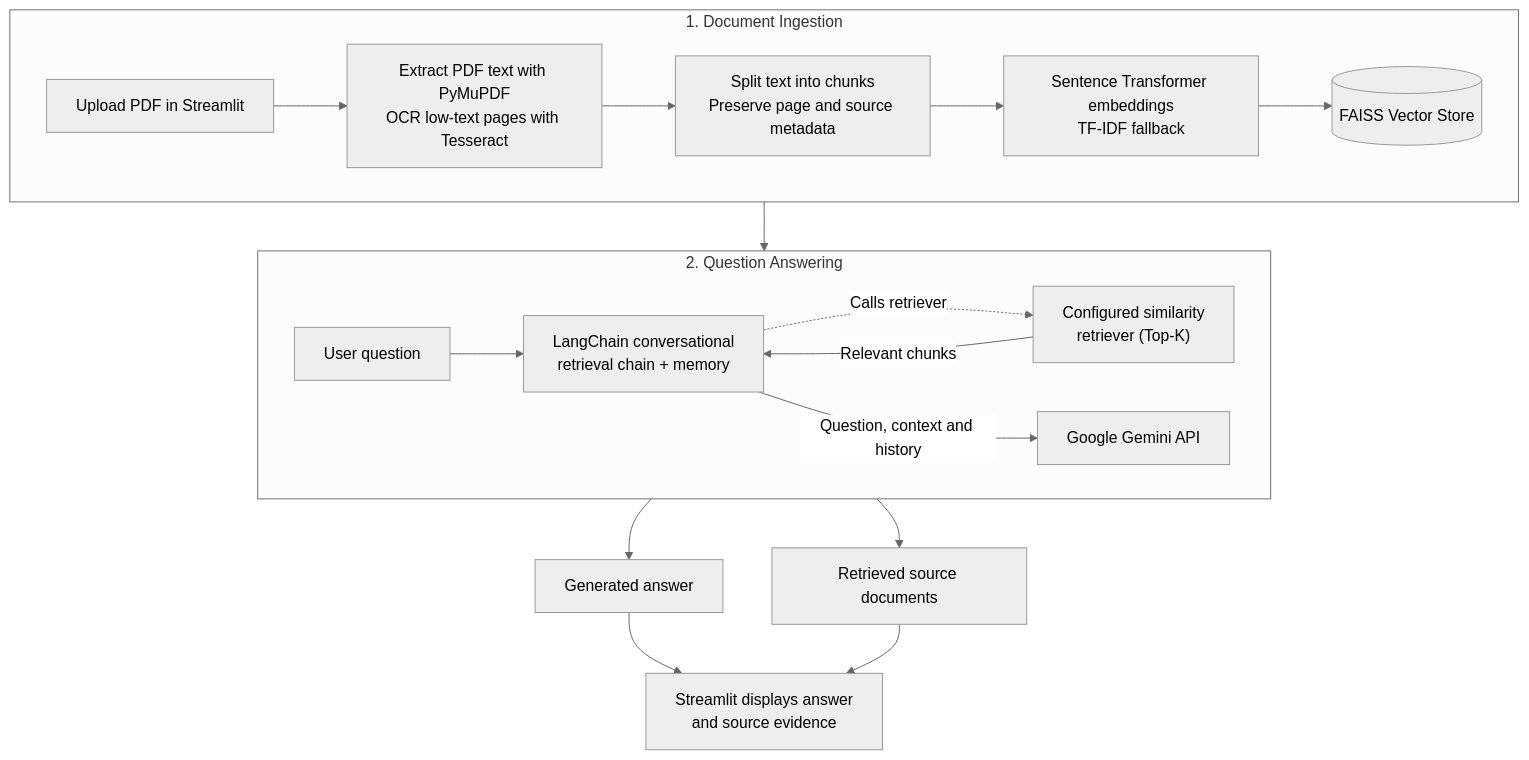
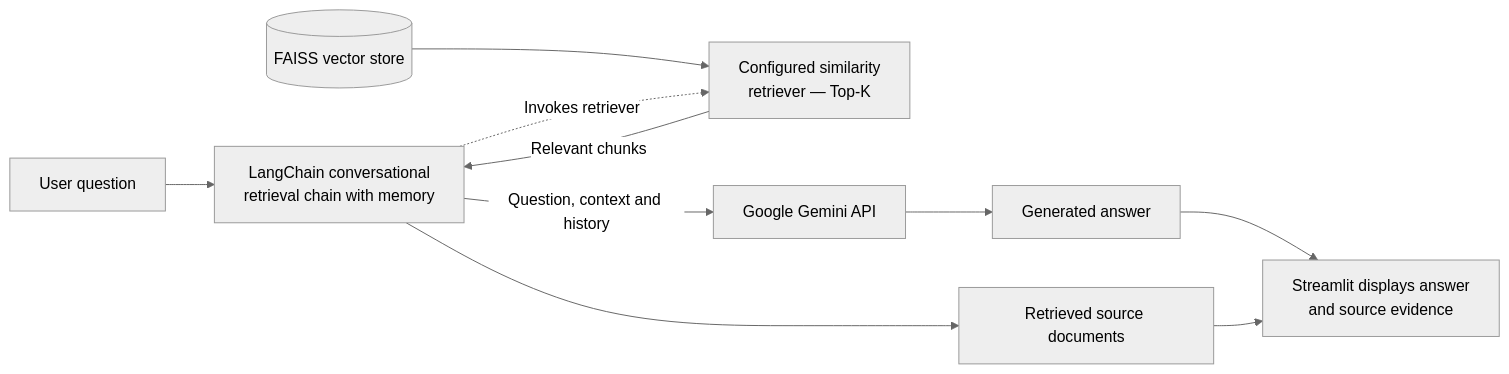
The second of 2 diagrams in README.md (GovindTelang/CiteLens-assistant), drawn with Mermaid (neutral theme) before and after one commit. The commit also changed other lines of this file and 1 other file, not shown here.

````diff
--- a/README.md
+++ b/README.md
@@ -29,34 +32,12 @@
 ```mermaid
-flowchart TB
-    subgraph ING["1. Document Ingestion"]
-        direction LR
-        UP["Upload PDF in Streamlit"]
-        EXT["Extract PDF text with PyMuPDF<br/>OCR low-text pages with Tesseract"]
-        CHUNK["Split text into chunks<br/>Preserve page and source metadata"]
-        EMB["Sentence Transformer embeddings<br/>TF-IDF fallback"]
-        FS[("FAISS Vector Store")]
-
-        UP --> EXT --> CHUNK --> EMB --> FS
-    end
-
-    subgraph QA["2. Question Answering"]
-        direction LR
-        Q["User question"]
-        RAG["LangChain conversational<br/>retrieval chain + memory"]
-        RET["Configured similarity<br/>retriever (Top-K)"]
-        GEM["Google Gemini API"]
-
-        Q --> RAG
-        RAG -. "Calls retriever" .-> RET
-        RET -->|"Relevant chunks"| RAG
-        RAG -->|"Question, context and history"| GEM
-    end
-
-    FS --> RET
-
+flowchart LR
+    Q["User question"] --> RAG["LangChain conversational<br/>retrieval chain with memory"]
+    FS[("FAISS vector store")] --> RET["Configured similarity<br/>retriever — Top-K"]
+    RAG -. "Invokes retriever" .-> RET
+    RET -->|"Relevant chunks"| RAG
+    RAG -->|"Question, context and history"| GEM["Google Gemini API"]
     GEM --> ANS["Generated answer"]
     RAG --> SRC["Retrieved source documents"]
-
     ANS --> OUT["Streamlit displays answer<br/>and source evidence"]
     SRC --> OUT
 ```
````
